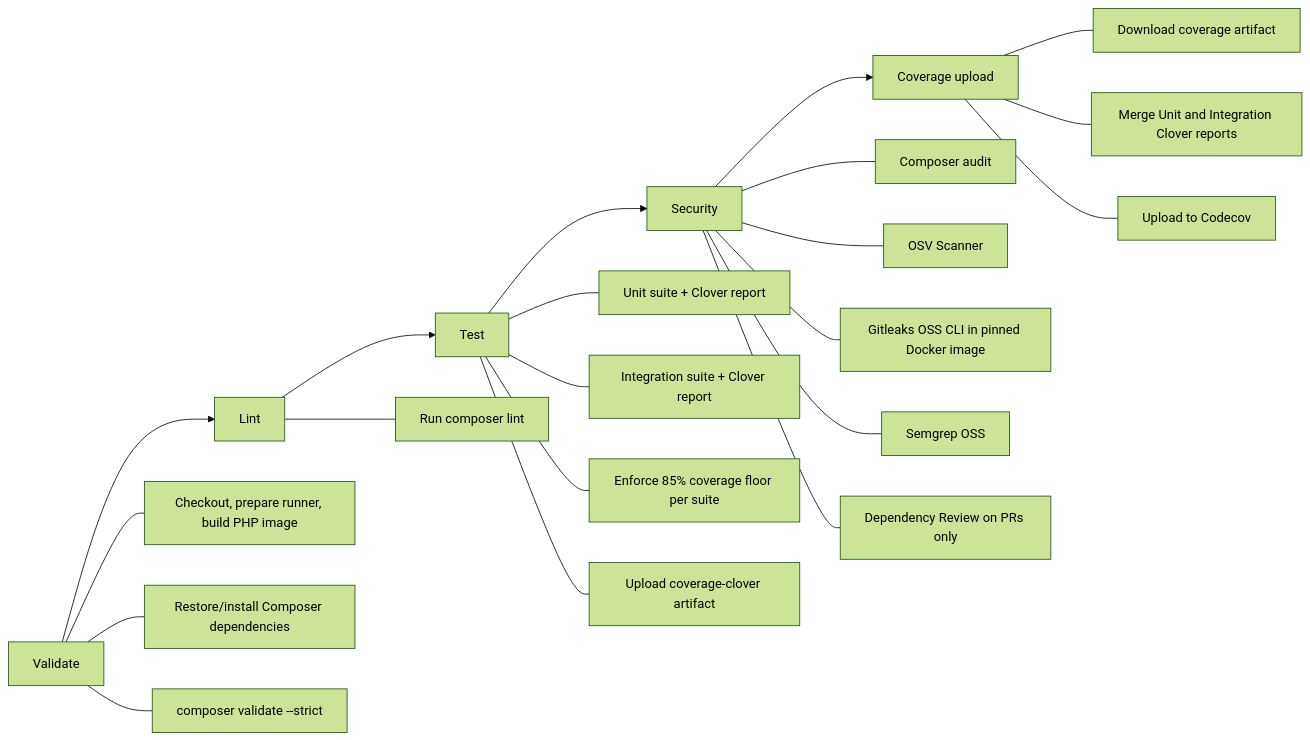
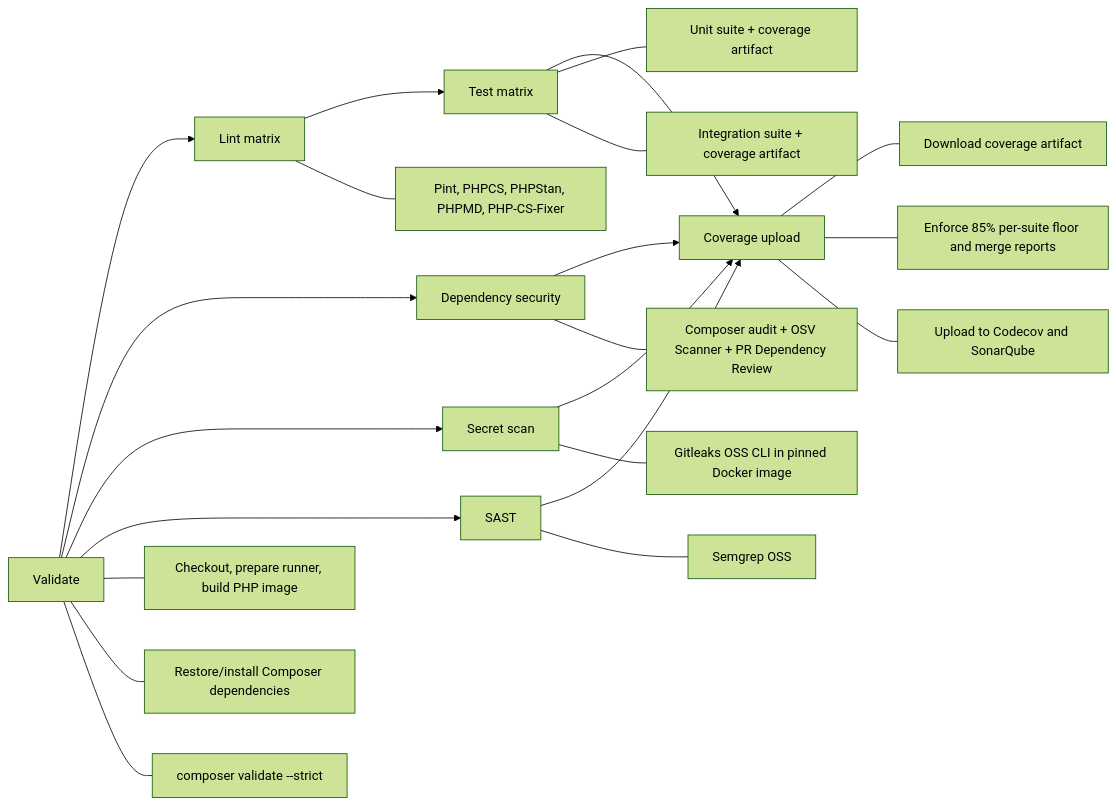
The third of 5 diagrams in WORKFLOWS.md (jooservices/dto), drawn with Mermaid (forest theme) before and after one commit. The commit also changed other lines of this file and 1 other file, not shown here.

Commit message:
ci: Parallelize quality and security checks

````diff
--- a/WORKFLOWS.md
+++ b/WORKFLOWS.md
@@ -74,22 +79,24 @@
 ```mermaid
 flowchart LR
-    V[Validate] --> L[Lint] --> T[Test] --> S[Security] --> C[Coverage upload]
+    V[Validate] --> L[Lint matrix] --> T[Test matrix] --> C[Coverage upload]
+    V --> D[Dependency security]
+    V --> S[Secret scan]
+    V --> A[SAST]
+    D --> C
+    S --> C
+    A --> C
 
     V --- V1[Checkout, prepare runner, build PHP image]
     V --- V2[Restore/install Composer dependencies]
     V --- V3[composer validate --strict]
 
-    L --- L1[Run composer lint]
-    T --- T1[Unit suite + Clover report]
-    T --- T2[Integration suite + Clover report]
-    T --- T3[Enforce 85% coverage floor per suite]
-    T --- T4[Upload coverage-clover artifact]
-    S --- S1[Composer audit]
-    S --- S2[OSV Scanner]
-    S --- S3[Gitleaks OSS CLI in pinned Docker image]
-    S --- S4[Semgrep OSS]
-    S --- S5[Dependency Review on PRs only]
+    L --- L1[Pint, PHPCS, PHPStan, PHPMD, PHP-CS-Fixer]
+    T --- T1[Unit suite + coverage artifact]
+    T --- T2[Integration suite + coverage artifact]
+    D --- D1[Composer audit + OSV Scanner + PR Dependency Review]
+    S --- S1[Gitleaks OSS CLI in pinned Docker image]
+    A --- A1[Semgrep OSS]
     C --- C1[Download coverage artifact]
-    C --- C2[Merge Unit and Integration Clover reports]
-    C --- C3[Upload to Codecov]
+    C --- C2[Enforce 85% per-suite floor and merge reports]
+    C --- C3[Upload to Codecov and SonarQube]
 ```
````
